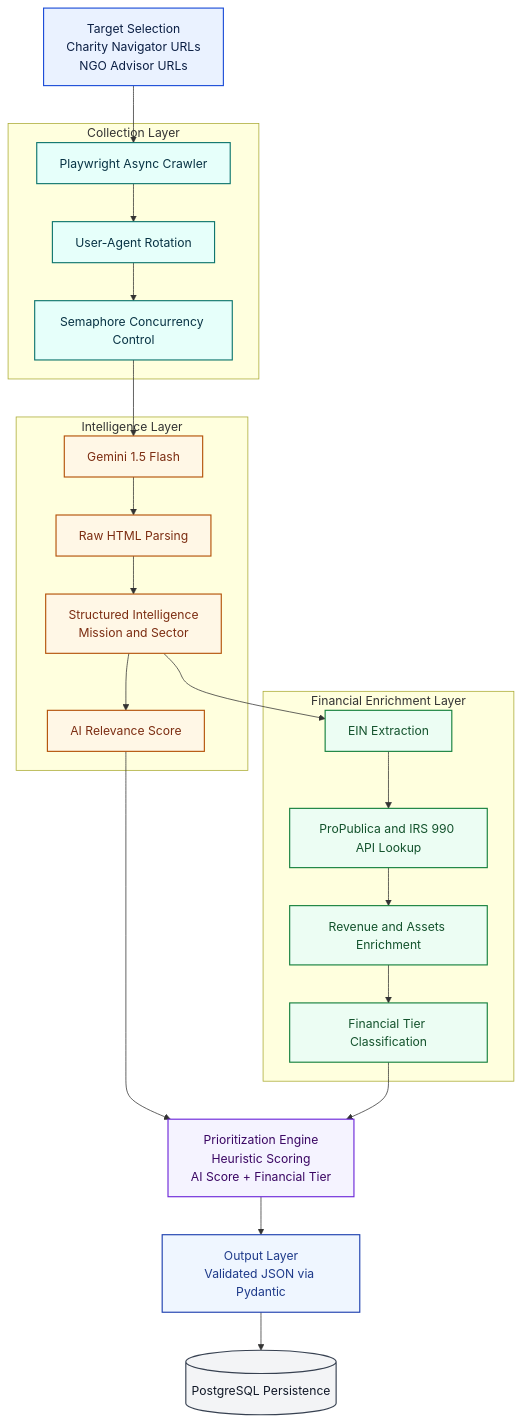
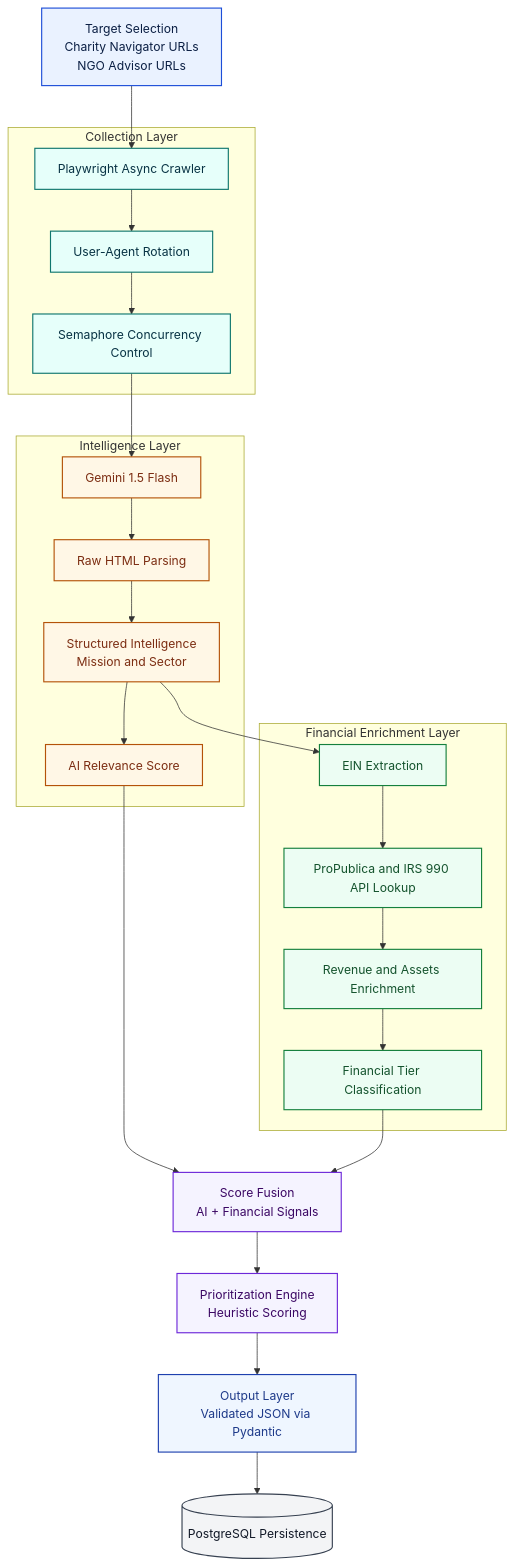
The diagram in README.md (keylorpineda/nonprofit_intel_scraper), drawn with Mermaid before and after one commit.

Commit message:
Enhance Mermaid diagram in README with score fusion and updated prioritization flow

````diff
--- a/README.md
+++ b/README.md
@@ -199,51 +199,54 @@
 ```mermaid
+%%{init: {'flowchart': {'curve': 'basis', 'nodeSpacing': 45, 'rankSpacing': 55, 'htmlLabels': true}} }%%
 graph TD
   A[Target Selection<br/>Charity Navigator URLs<br/>NGO Advisor URLs]
 
   subgraph C[Collection Layer]
     B1[Playwright Async Crawler]
     B2[User-Agent Rotation]
     B3[Semaphore Concurrency Control]
   end
 
   subgraph I[Intelligence Layer]
     D1[Gemini 1.5 Flash]
     D2[Raw HTML Parsing]
     D3[Structured Intelligence<br/>Mission and Sector]
     D4[AI Relevance Score]
   end
 
   subgraph E[Financial Enrichment Layer]
     F1[EIN Extraction]
     F2[ProPublica and IRS 990 API Lookup]
     F3[Revenue and Assets Enrichment]
     F4[Financial Tier Classification]
   end
 
-  G[Prioritization Engine<br/>Heuristic Scoring<br/>AI Score + Financial Tier]
+  P0[Score Fusion<br/>AI + Financial Signals]
+  G[Prioritization Engine<br/>Heuristic Scoring]
   H1[Output Layer<br/>Validated JSON via Pydantic]
   H2[(PostgreSQL Persistence)]
 
   A --> B1 --> B2 --> B3 --> D1
   D1 --> D2 --> D3 --> D4
   D3 --> F1 --> F2 --> F3 --> F4
-  D4 --> G
-  F4 --> G
+  D4 --> P0
+  F4 --> P0
+  P0 --> G
   G --> H1 --> H2
 
   classDef source fill:#EAF2FF,stroke:#1D4ED8,color:#0B1F44,stroke-width:1.5px;
   classDef collection fill:#E6FFFA,stroke:#0F766E,color:#083344,stroke-width:1.5px;
   classDef intelligence fill:#FFF7E6,stroke:#B45309,color:#7C2D12,stroke-width:1.5px;
   classDef enrichment fill:#ECFDF3,stroke:#15803D,color:#14532D,stroke-width:1.5px;
   classDef prioritize fill:#F5F3FF,stroke:#6D28D9,color:#3B0764,stroke-width:1.5px;
   classDef output fill:#EFF6FF,stroke:#1E40AF,color:#1E3A8A,stroke-width:1.5px;
   classDef storage fill:#F3F4F6,stroke:#374151,color:#111827,stroke-width:1.5px;
 
   class A source;
   class B1,B2,B3 collection;
   class D1,D2,D3,D4 intelligence;
   class F1,F2,F3,F4 enrichment;
-  class G prioritize;
+  class P0,G prioritize;
   class H1 output;
   class H2 storage;
 ```
````
